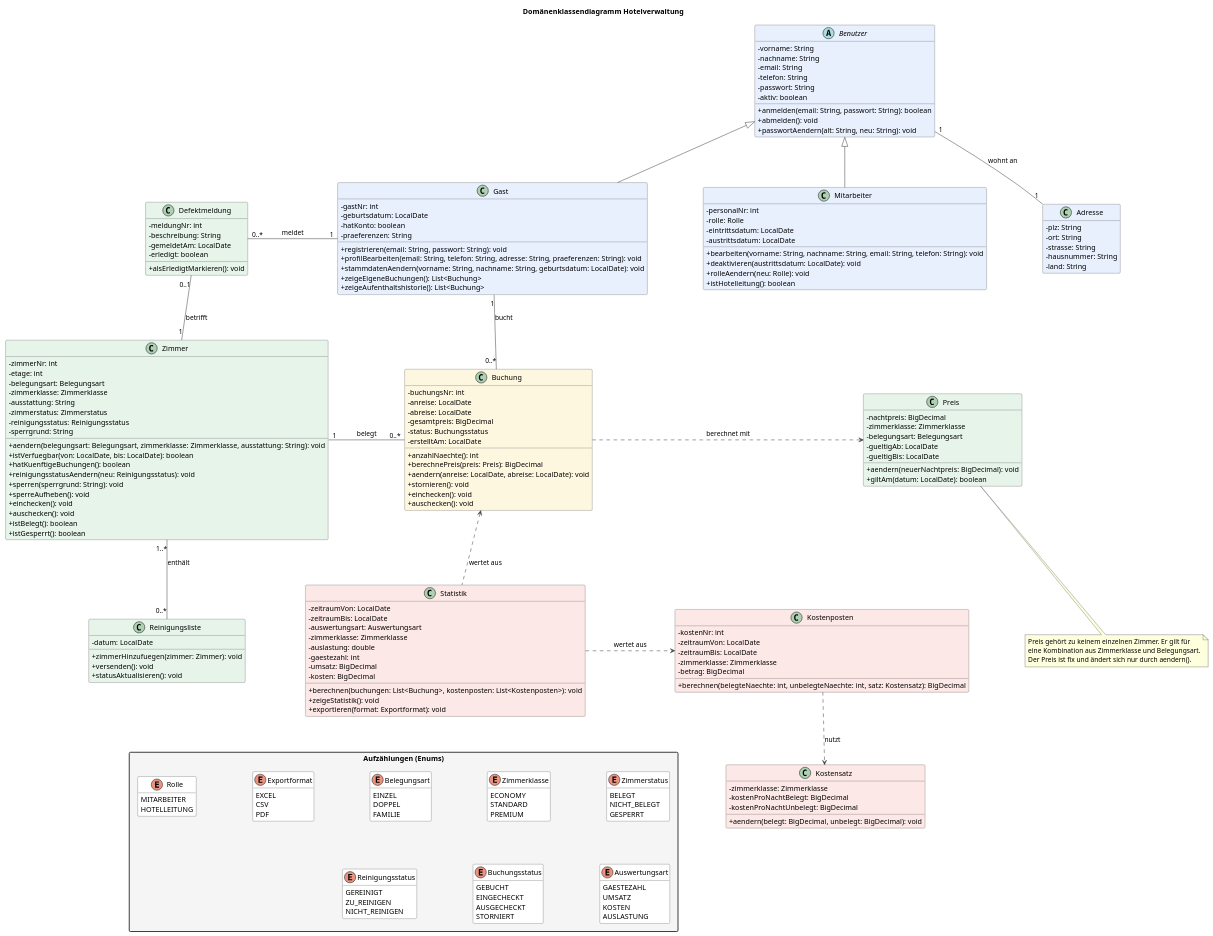
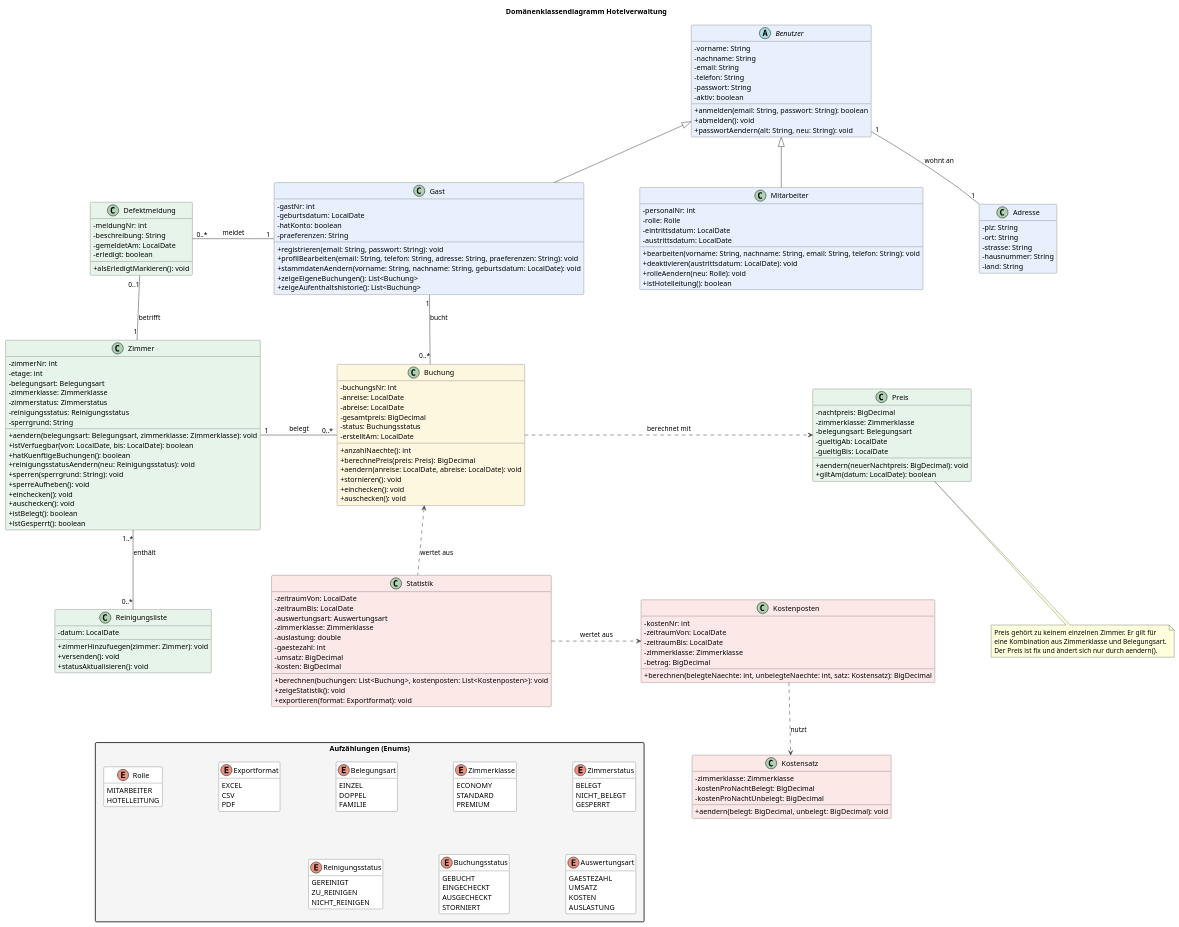
One commit to SoftwareProject-Hotel-Kuester/Software-Project-Hotel changed the diagram in UML-Diagramme/Klassendiagramme/DomänenKlassendiagram.puml. Above: the diagram before and after it, drawn with PlantUML. The commit also changed 7 other files, not shown here.

```diff
--- a/UML-Diagramme/Klassendiagramme/DomänenKlassendiagram.puml
+++ b/UML-Diagramme/Klassendiagramme/DomänenKlassendiagram.puml
@@ -63,11 +63,10 @@
     - etage: int
     - belegungsart: Belegungsart
     - zimmerklasse: Zimmerklasse
-    - ausstattung: String
     - zimmerstatus: Zimmerstatus
     - reinigungsstatus: Reinigungsstatus
     - sperrgrund: String
-    + aendern(belegungsart: Belegungsart, zimmerklasse: Zimmerklasse, ausstattung: String): void
+    + aendern(belegungsart: Belegungsart, zimmerklasse: Zimmerklasse): void
     + istVerfuegbar(von: LocalDate, bis: LocalDate): boolean
     + hatKuenftigeBuchungen(): boolean
     + reinigungsstatusAendern(neu: Reinigungsstatus): void
```
